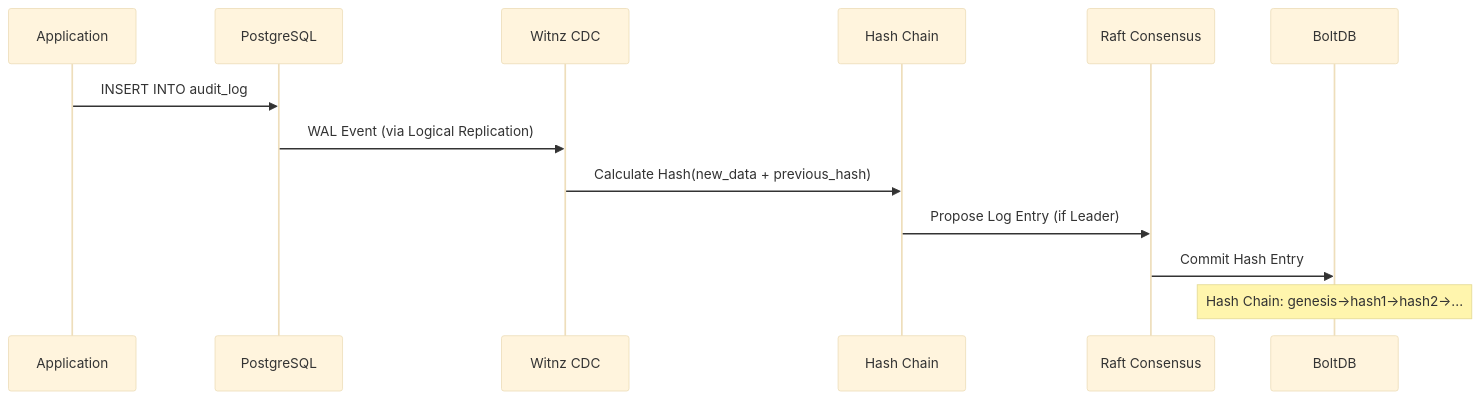
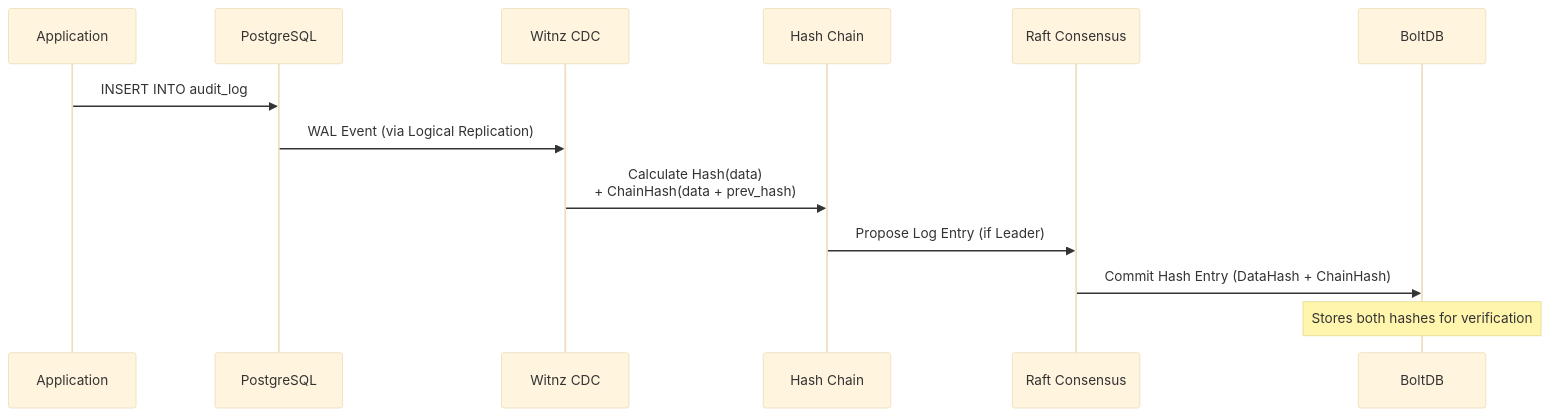
One commit to Anes1032/witnz changed the second of 4 diagrams in README.md. Above: the diagram before and after it, drawn with Mermaid (base theme). The commit also changed other lines of this file and 25 other files, not shown here.

Commit message:
Feat: Verify data hash

````diff
--- a/README.md
+++ b/README.md
@@ -69,16 +99,16 @@
 ```mermaid
 sequenceDiagram
     participant App as Application
     participant PG as PostgreSQL
     participant CDC as Witnz CDC
     participant Hash as Hash Chain
     participant Raft as Raft Consensus
     participant Storage as BoltDB
 
     App->>PG: INSERT INTO audit_log
     PG->>CDC: WAL Event (via Logical Replication)
-    CDC->>Hash: Calculate Hash(new_data + previous_hash)
+    CDC->>Hash: Calculate Hash(data)<br/>+ ChainHash(data + prev_hash)
     Hash->>Raft: Propose Log Entry (if Leader)
-    Raft->>Storage: Commit Hash Entry
-    Note over Storage: Hash Chain: genesis→hash1→hash2→...
+    Raft->>Storage: Commit Hash Entry (DataHash + ChainHash)
+    Note over Storage: Stores both hashes for verification
 ```
````
